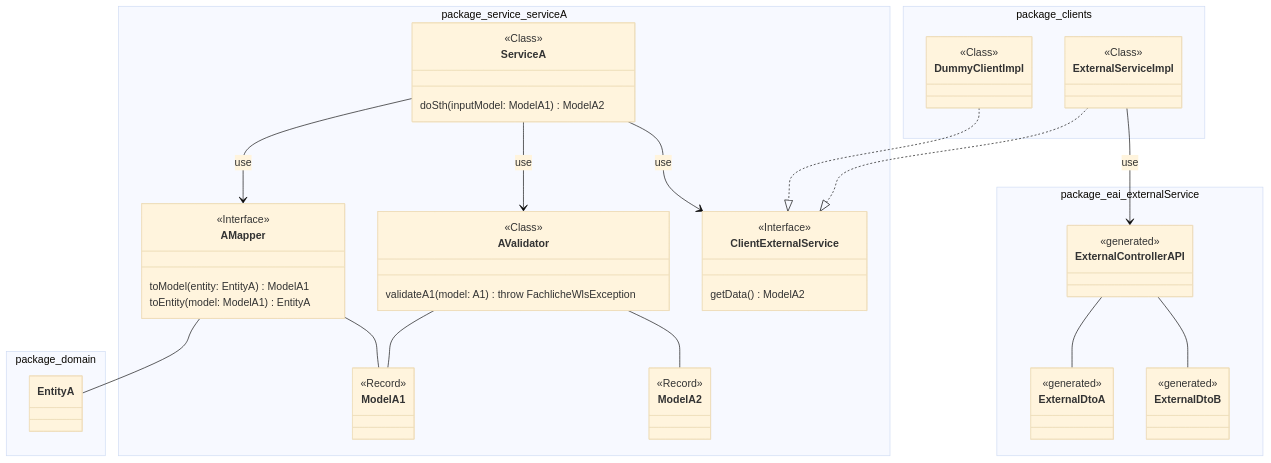
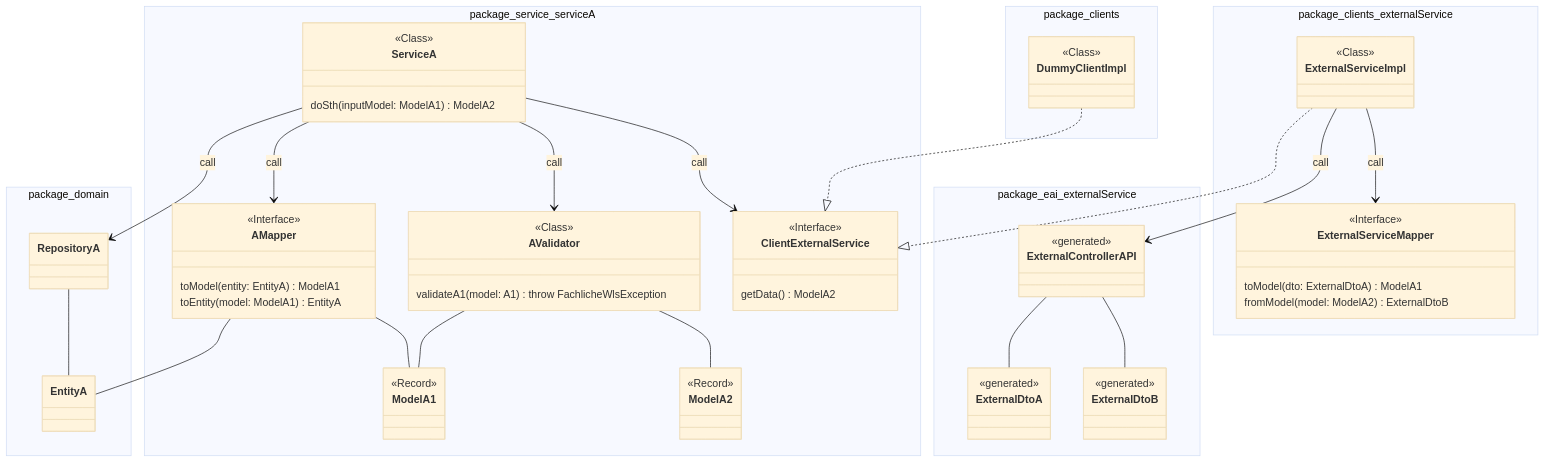
The fifth of 6 diagrams in docs/src/technik/systemspecification/index.md (it-at-m/Wahllokalsystem), drawn with Mermaid (base theme) before and after one commit. The commit also changed other lines of this file and 3 other files, not shown here.

Commit message:
updated sysspec with service architecture

````diff
--- a/docs/src/technik/systemspecification/index.md
+++ b/docs/src/technik/systemspecification/index.md
@@ -137,9 +229,12 @@
 classDiagram
 
     namespace package_domain {
-
         class EntityA {
 
+        }
+        
+        class RepositoryA {
+            
         }
 
     }
@@ -180,14 +275,9 @@
         class DummyClientImpl {
             <<Class>>
         }
-
-        class ExternalServiceImpl {
-            <<Class>>
-        }
     }
 
     namespace package_eai_externalService {
-
         class ExternalControllerAPI {
             <<generated>>
         }
@@ -201,20 +291,36 @@
         }
     }
 
-    ServiceA --> AMapper : use
-    ServiceA --> AValidator : use
-    ServiceA --> ClientExternalService : use
+    namespace package_clients_externalService {
+        class ExternalServiceImpl {
+            <<Class>>
+        }
+
+        class ExternalServiceMapper {
+            <<Interface>>
+
+            toModel(dto: ExternalDtoA) ModelA1
+            fromModel(model: ModelA2) ExternalDtoB
+        }
+    }
+
+    ServiceA --> RepositoryA : call
+    ServiceA --> AMapper : call
+    ServiceA --> AValidator : call
+    ServiceA --> ClientExternalService : call
     AValidator -- ModelA1
     AValidator -- ModelA2
 
     AMapper -- EntityA
     AMapper -- ModelA1
+    RepositoryA -- EntityA
 
     DummyClientImpl ..|> ClientExternalService
     ExternalServiceImpl ..|> ClientExternalService
 
     ExternalControllerAPI -- ExternalDtoA
     ExternalControllerAPI -- ExternalDtoB
-    ExternalServiceImpl --> ExternalControllerAPI : use
+    ExternalServiceImpl --> ExternalControllerAPI : call
+    ExternalServiceImpl --> ExternalServiceMapper : call
 
-```
+```  
````
